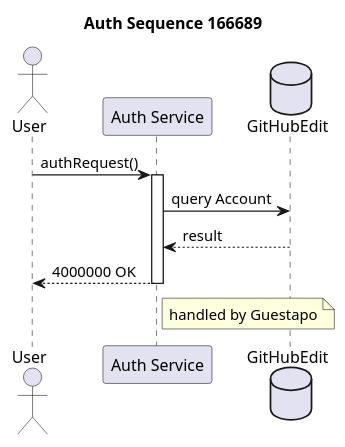
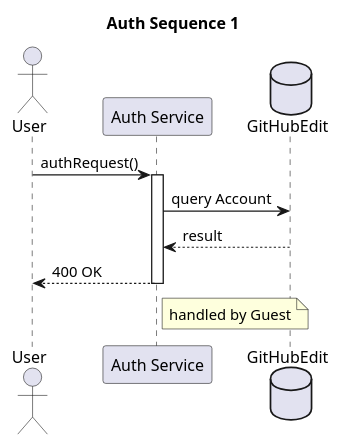
The diagram in 001_sequence_auth.md (TTihomir/PlantUML-diagrams), drawn with PlantUML before and after one commit.

Commit message:
Fix auth sequence title and response code

````diff
--- a/001_sequence_auth.md
+++ b/001_sequence_auth.md
@@ -3,15 +3,15 @@
 ```plantuml
 @startuml
-title Auth Sequence 166689
+title Auth Sequence 1
 actor User as A
 participant "Auth Service" as S
 database "GitHubEdit" as DB
 A -> S : authRequest()
 activate S
 S -> DB : query Account
 DB --> S : result
-S --> A : 4000000 OK
+S --> A : 400 OK
 deactivate S
-note right of S : handled by Guestapo
+note right of S : handled by Guest
 @enduml
 ```
````
